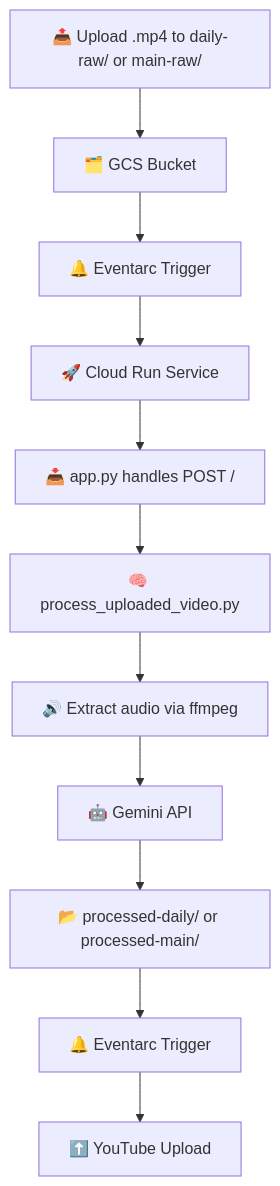
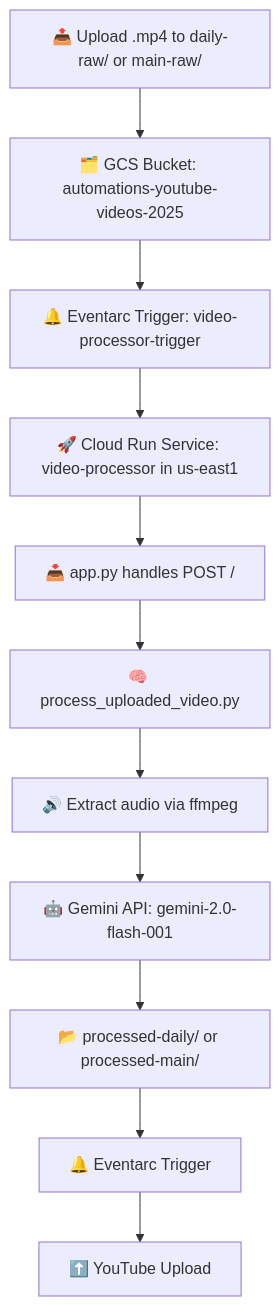
Before and after one commit to ParkerRex/echo: the second of 3 diagrams in README.md, drawn with Mermaid. The commit also changed other lines of this file and 5 other files, not shown here.

````diff
--- a/README.md
+++ b/README.md
@@ -95,18 +95,18 @@
 ```mermaid
 flowchart TD
-  A[📤 Upload .mp4 to daily-raw/ or main-raw/] --> B[🗂️ GCS Bucket]
+  A[📤 Upload .mp4 to daily-raw/ or main-raw/] --> B[🗂️ GCS Bucket: automations-youtube-videos-2025]
 
-  B --> C[🔔 Eventarc Trigger]
-  C --> D[🚀 Cloud Run Service]
+  B --> C[🔔 Eventarc Trigger: video-processor-trigger]
+  C --> D[🚀 Cloud Run Service: video-processor in us-east1]
 
   D --> E[📥 app.py handles POST /]
   E --> F[🧠 process_uploaded_video.py]
 
   F --> G[🔊 Extract audio via ffmpeg]
-  G --> H[🤖 Gemini API]
+  G --> H[🤖 Gemini API: gemini-2.0-flash-001]
 
   H --> I[📂 processed-daily/ or processed-main/]
 
   I --> J[🔔 Eventarc Trigger]
   J --> K[⬆️ YouTube Upload]
 ```
````
